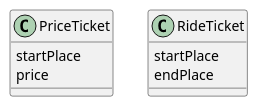
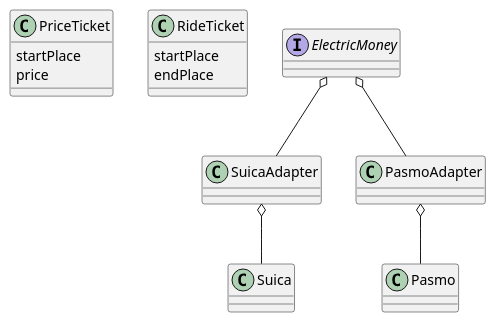
One commit to yatakeke/modeling-training changed the diagram in ticket-gate.puml. Above: the diagram before and after it, drawn with PlantUML.

Commit message:
suicaとかpasmoの仕組みはそれぞれで独立しているため、adapterが必要

```diff
--- a/ticket-gate.puml
+++ b/ticket-gate.puml
@@ -1,17 +1,35 @@
 @startuml
 'https://plantuml.com/class-diagram
 
 class PriceTicket {
 startPlace
 price
 }
 
 class RideTicket {
 startPlace
 endPlace
 }
 
+Interface ElectricMoney {
+}
 
+ElectricMoney o-- SuicaAdapter
+ElectricMoney o-- PasmoAdapter
 
+class SuicaAdapter {
+}
+SuicaAdapter o-- Suica
+
+class Suica {
+}
+
+class PasmoAdapter {
+}
+
+PasmoAdapter o-- Pasmo
+
+class Pasmo {
+}
 
 @enduml
```
